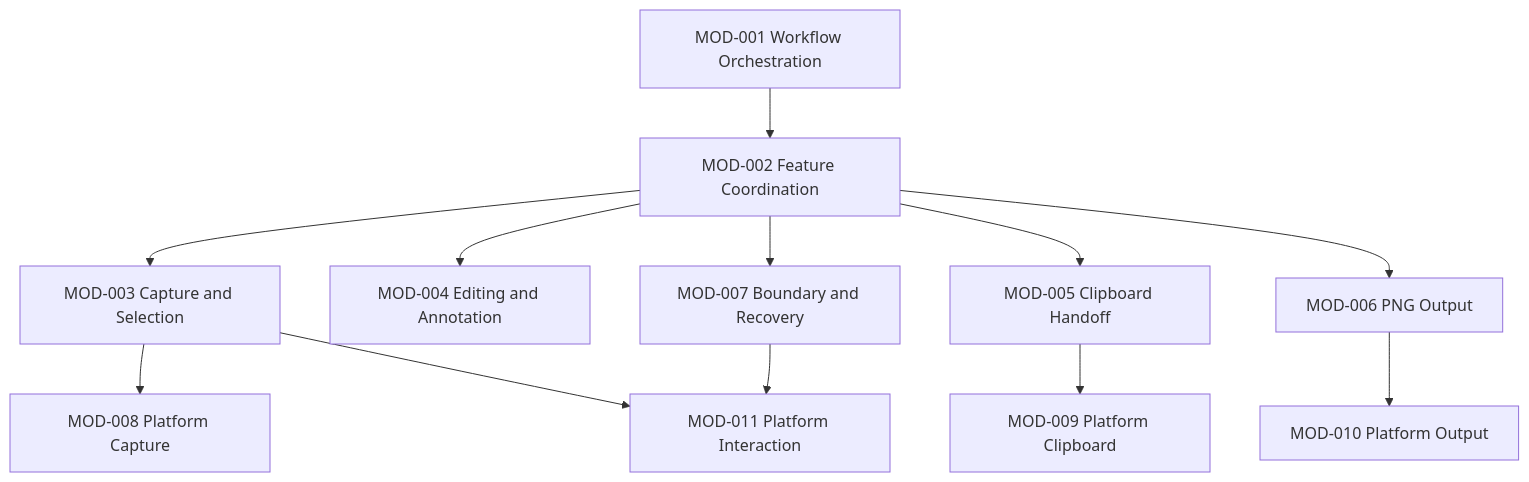
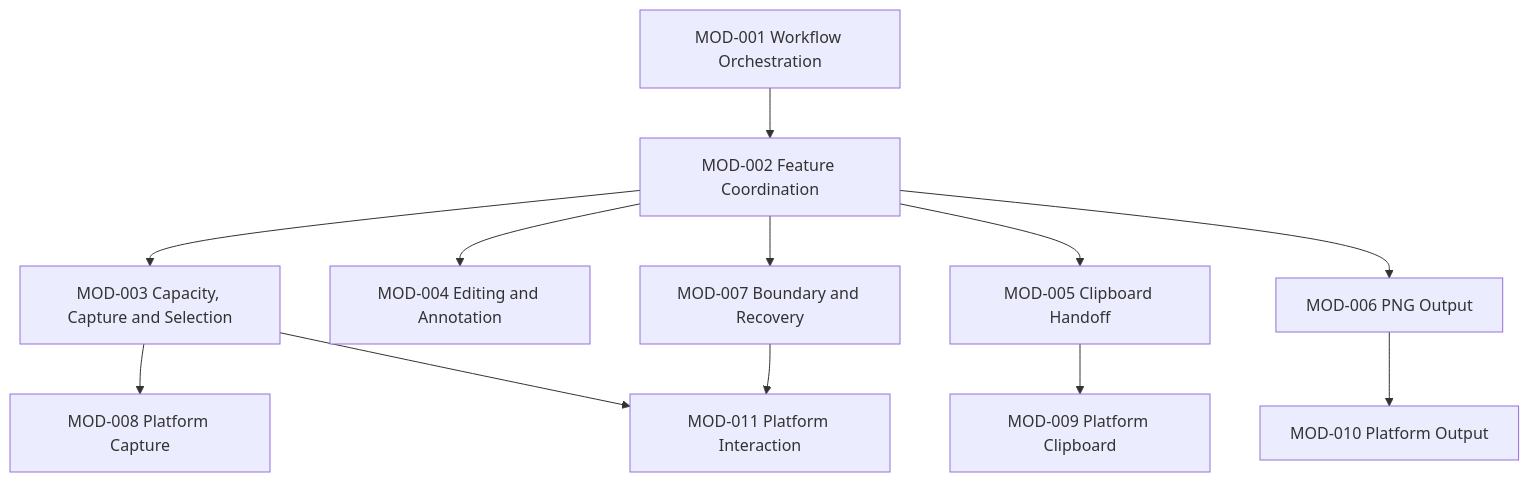
One commit to gn02033417/SnipPlus changed the diagram in Architecture/ARCH-0003-module-catalog.md. Above: the diagram before and after it, drawn with Mermaid. The commit also changed other lines of this file, not shown here.

````diff
--- a/Architecture/ARCH-0003-module-catalog.md
+++ b/Architecture/ARCH-0003-module-catalog.md
@@ -128,14 +129,14 @@
 ```mermaid
 flowchart TB
     M1[MOD-001 Workflow Orchestration] --> M2[MOD-002 Feature Coordination]
-    M2 --> M3[MOD-003 Capture and Selection]
+    M2 --> M3[MOD-003 Capacity, Capture and Selection]
     M2 --> M4[MOD-004 Editing and Annotation]
     M2 --> M5[MOD-005 Clipboard Handoff]
     M2 --> M6[MOD-006 PNG Output]
     M2 --> M7[MOD-007 Boundary and Recovery]
     M3 --> M8[MOD-008 Platform Capture]
     M3 --> M11[MOD-011 Platform Interaction]
     M5 --> M9[MOD-009 Platform Clipboard]
     M6 --> M10[MOD-010 Platform Output]
     M7 --> M11
 ```
````
